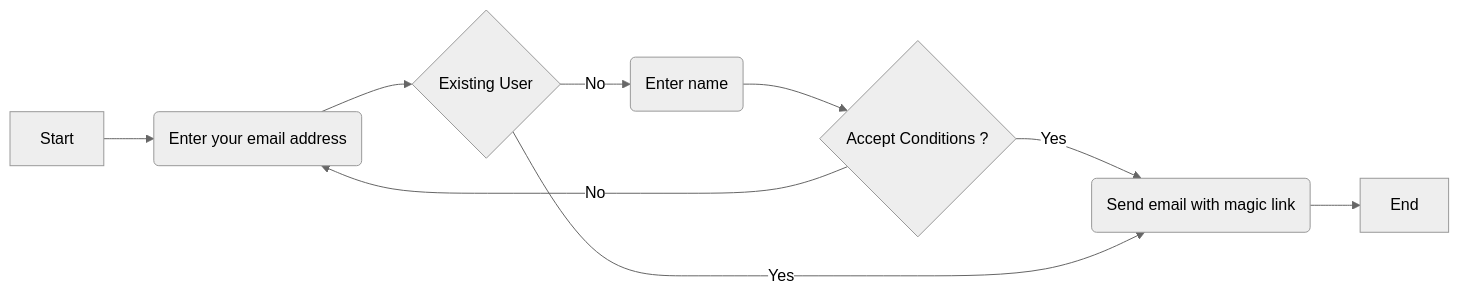
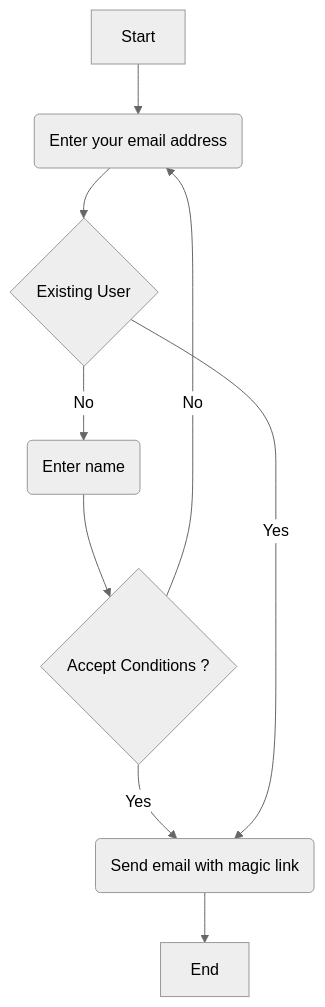
Before and after one commit to ziontee113/mynvimconfig: the first of 2 diagrams in test.md, drawn with Mermaid. The commit also changed other lines of this file and 2 other files, not shown here.

````diff
--- a/test.md
+++ b/test.md
@@ -3,12 +3,12 @@
 ```mermaid
-flowchart LR
+flowchart TD
   %%{init: {'theme': 'neutral'} }%%
   S[Start] --> A
   A(Enter your email address) --> B{Existing User}
   B -->|No| C(Enter name)
   C --> D{Accept Conditions ?}
   D --> |No| A
   D --> |Yes| E(Send email with magic link)
   B --> |Yes| E
   E --> End
 ```
````
